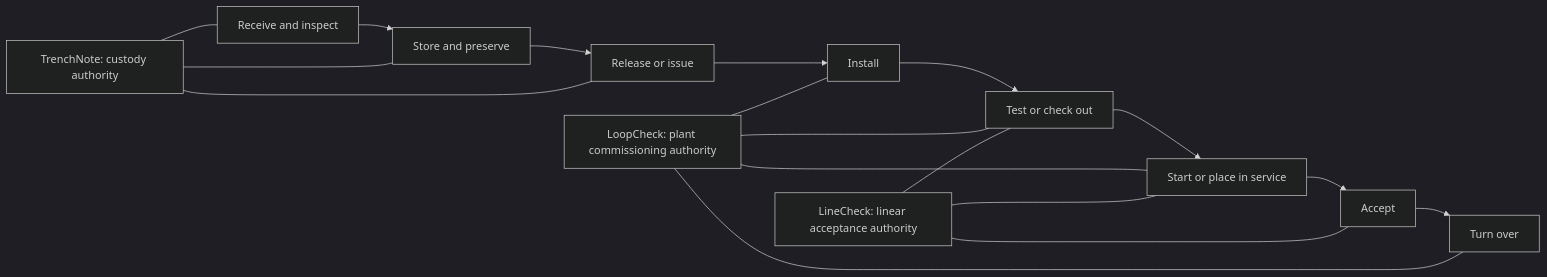
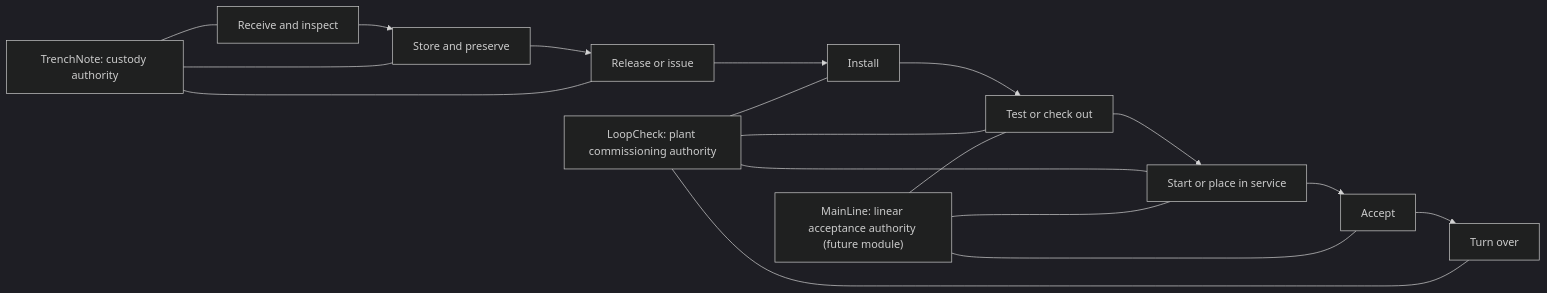
Before and after one commit to levelbookdev/loopcheck: the diagram in docs/lifecycle-map.md, drawn with Mermaid (dark theme). The commit also changed other lines of this file and 10 other files, not shown here.

First line of the commit message:
docs: repoint segment ownership to MainLine and reduce AGENTS.md to a pointer

````diff
--- a/docs/lifecycle-map.md
+++ b/docs/lifecycle-map.md
@@ -7,21 +7,21 @@
 ```mermaid
 flowchart LR
     A["Receive and inspect"] --> B["Store and preserve"]
     B --> C["Release or issue"]
     C --> D["Install"]
     D --> E["Test or check out"]
     E --> F["Start or place in service"]
     F --> G["Accept"]
     G --> H["Turn over"]
 
     TN["TrenchNote: custody authority"] --- A
     TN --- B
     TN --- C
     LC["LoopCheck: plant commissioning authority"] --- D
     LC --- E
     LC --- F
     LC --- H
-    LINE["LineCheck: linear acceptance authority"] --- E
+    LINE["MainLine: linear acceptance authority (future module)"] --- E
     LINE --- F
     LINE --- G
 ```
````
